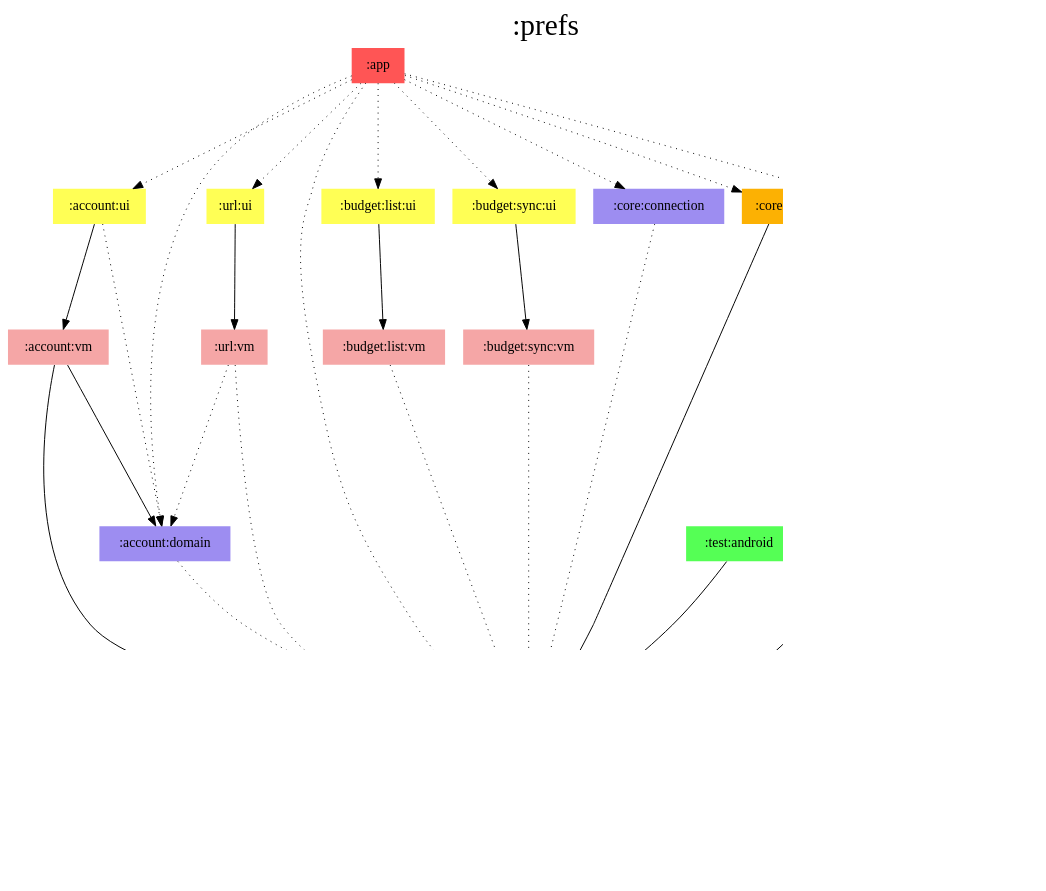
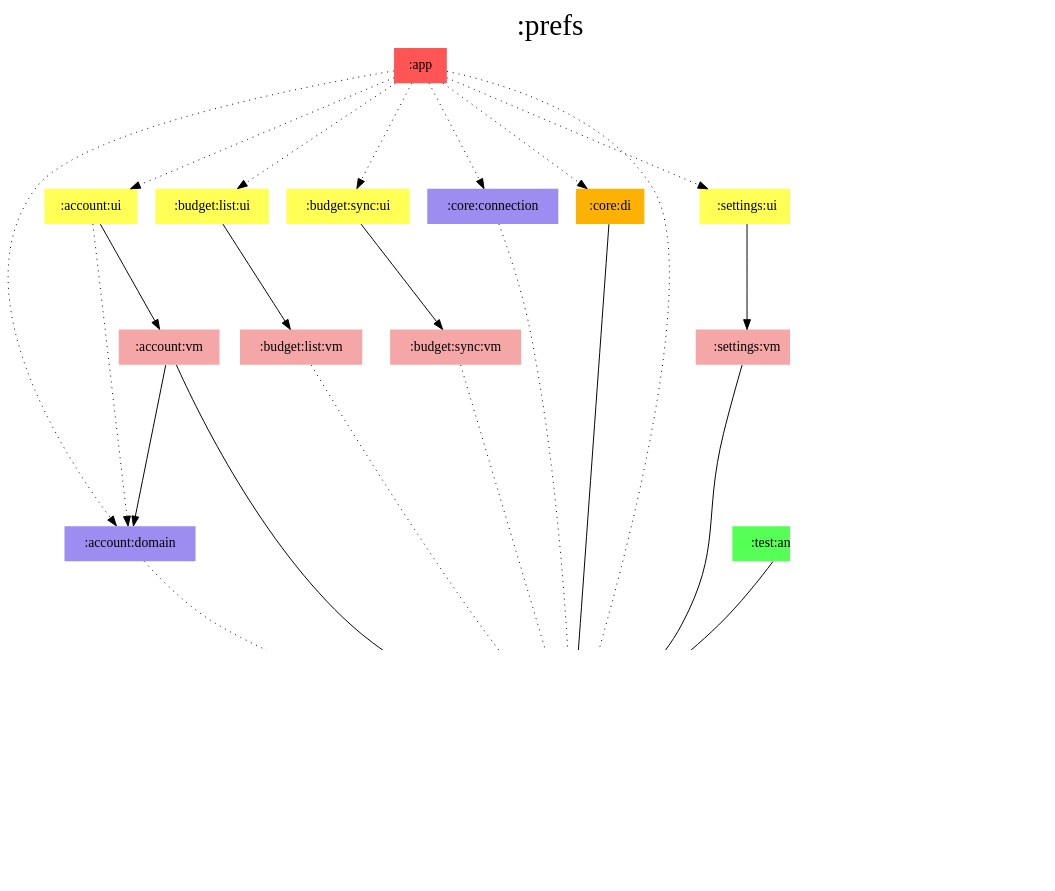
One commit to jonapoul/aktual changed the diagram in modules/prefs/modules.dot. Above: the diagram before and after it, drawn with Graphviz. The commit also changed 58 other files, not shown here.

Commit message:
Merge url into account

```diff
--- a/modules/prefs/modules.dot
+++ b/modules/prefs/modules.dot
@@ -1,70 +1,64 @@
 digraph {
 edge ["dir"="forward"]
 graph ["dpi"="100","label"=":prefs","labelloc"="t","fontsize"="30","ranksep"="1.5","rankdir"="TB"]
 node ["style"="filled"]
 ":account:domain" ["fillcolor"="#9D8DF1","shape"="none"]
 ":account:model" ["fillcolor"="#9D8DF1","shape"="none"]
 ":account:ui" ["fillcolor"="#FFFF55","shape"="none"]
 ":account:vm" ["fillcolor"="#F5A6A6","shape"="none"]
 ":app" ["fillcolor"="#FF5555","shape"="none"]
 ":budget:list:ui" ["fillcolor"="#FFFF55","shape"="none"]
 ":budget:list:vm" ["fillcolor"="#F5A6A6","shape"="none"]
 ":budget:sync:ui" ["fillcolor"="#FFFF55","shape"="none"]
 ":budget:sync:vm" ["fillcolor"="#F5A6A6","shape"="none"]
 ":core:connection" ["fillcolor"="#9D8DF1","shape"="none"]
 ":core:di" ["fillcolor"="#FCB103","shape"="none"]
 ":core:model" ["fillcolor"="#9D8DF1","shape"="none"]
 ":prefs" ["fillcolor"="#9D8DF1","color"="black","penwidth"="3","shape"="box"]
 ":settings:ui" ["fillcolor"="#FFFF55","shape"="none"]
 ":settings:vm" ["fillcolor"="#F5A6A6","shape"="none"]
 ":test:android" ["fillcolor"="#55FF55","shape"="none"]
-":url:ui" ["fillcolor"="#FFFF55","shape"="none"]
-":url:vm" ["fillcolor"="#F5A6A6","shape"="none"]
 {
 edge ["dir"="none"]
 graph ["rank"="same"]
 ":prefs"
 }
 ":account:domain" -> ":prefs" ["style"="dotted"]
 ":account:ui" -> ":account:domain" ["style"="dotted"]
 ":account:ui" -> ":account:vm"
 ":account:vm" -> ":account:domain"
 ":account:vm" -> ":prefs"
 ":app" -> ":account:domain" ["style"="dotted"]
 ":app" -> ":account:ui" ["style"="dotted"]
 ":app" -> ":budget:list:ui" ["style"="dotted"]
 ":app" -> ":budget:sync:ui" ["style"="dotted"]
 ":app" -> ":core:connection" ["style"="dotted"]
 ":app" -> ":core:di" ["style"="dotted"]
 ":app" -> ":prefs" ["style"="dotted"]
 ":app" -> ":settings:ui" ["style"="dotted"]
-":app" -> ":url:ui" ["style"="dotted"]
 ":budget:list:ui" -> ":budget:list:vm"
 ":budget:list:vm" -> ":prefs" ["style"="dotted"]
 ":budget:sync:ui" -> ":budget:sync:vm"
 ":budget:sync:vm" -> ":prefs" ["style"="dotted"]
 ":core:connection" -> ":prefs" ["style"="dotted"]
 ":core:di" -> ":prefs"
 ":prefs" -> ":account:model"
 ":prefs" -> ":core:model"
 ":settings:ui" -> ":settings:vm"
 ":settings:vm" -> ":prefs"
 ":test:android" -> ":prefs"
-":url:ui" -> ":url:vm"
-":url:vm" -> ":account:domain" ["style"="dotted"]
-":url:vm" -> ":prefs" ["style"="dotted"]
 subgraph "cluster_legend" {
 edge ["dir"="none"]
 graph ["label"="Legend","fontsize"="20"]
 "Legend" ["style"="filled","fillcolor"="#FFFFFF","shape"="none","margin"="0","fontsize"="15","label"=<
 <TABLE BORDER="0" CELLBORDER="0" CELLSPACING="0" CELLPADDING="4">
 <TR><TD>App</TD><TD BGCOLOR="#FF5555">module-name</TD></TR>
 <TR><TD>ViewModel</TD><TD BGCOLOR="#F5A6A6">module-name</TD></TR>
 <TR><TD>Hilt</TD><TD BGCOLOR="#FCB103">module-name</TD></TR>
 <TR><TD>Compose</TD><TD BGCOLOR="#FFFF55">module-name</TD></TR>
 <TR><TD>Android</TD><TD BGCOLOR="#55FF55">module-name</TD></TR>
 <TR><TD>Multiplatform</TD><TD BGCOLOR="#9D8DF1">module-name</TD></TR>
 </TABLE>
 >]
 } -> ":prefs" ["style"="invis"]
 }
```
